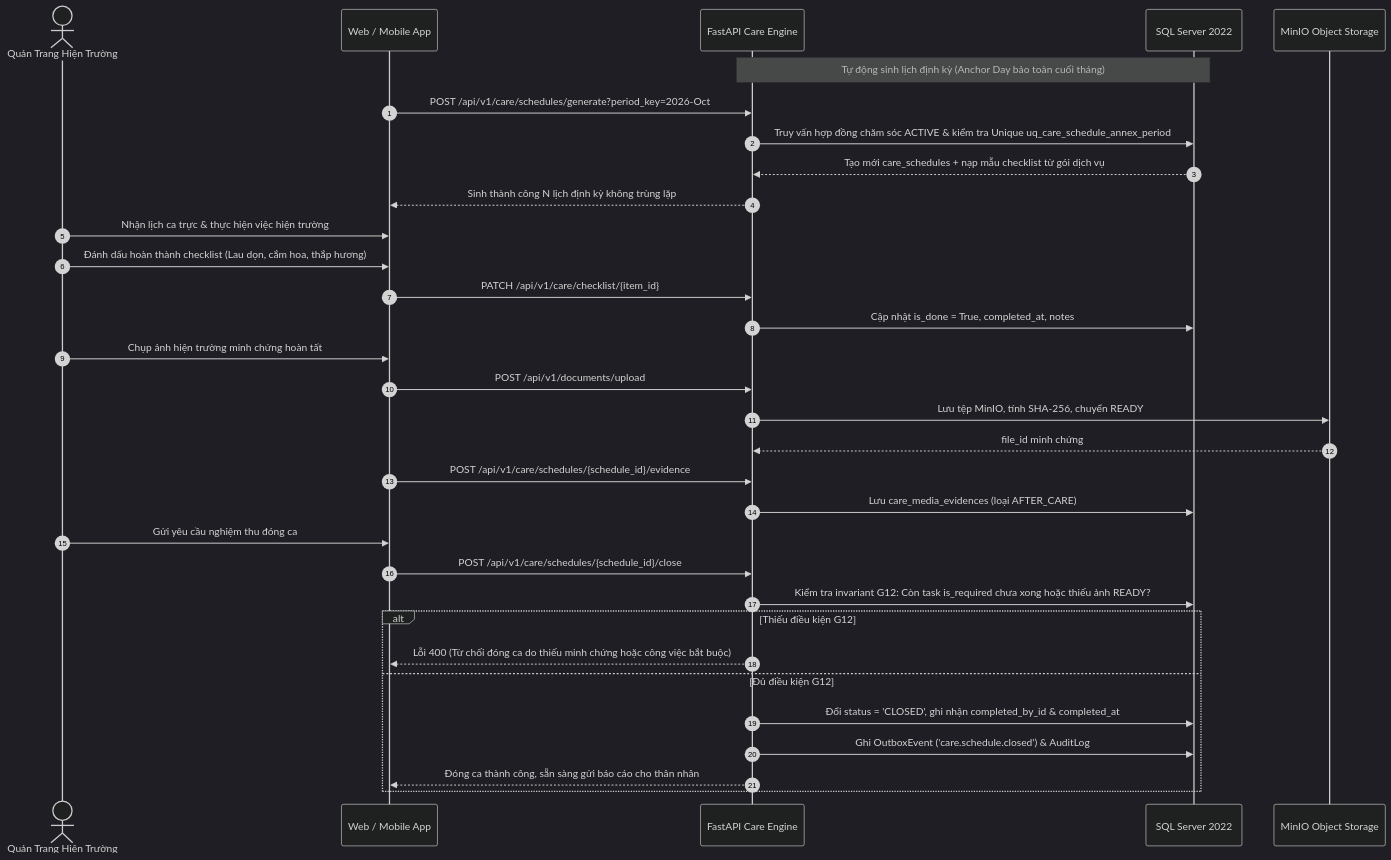
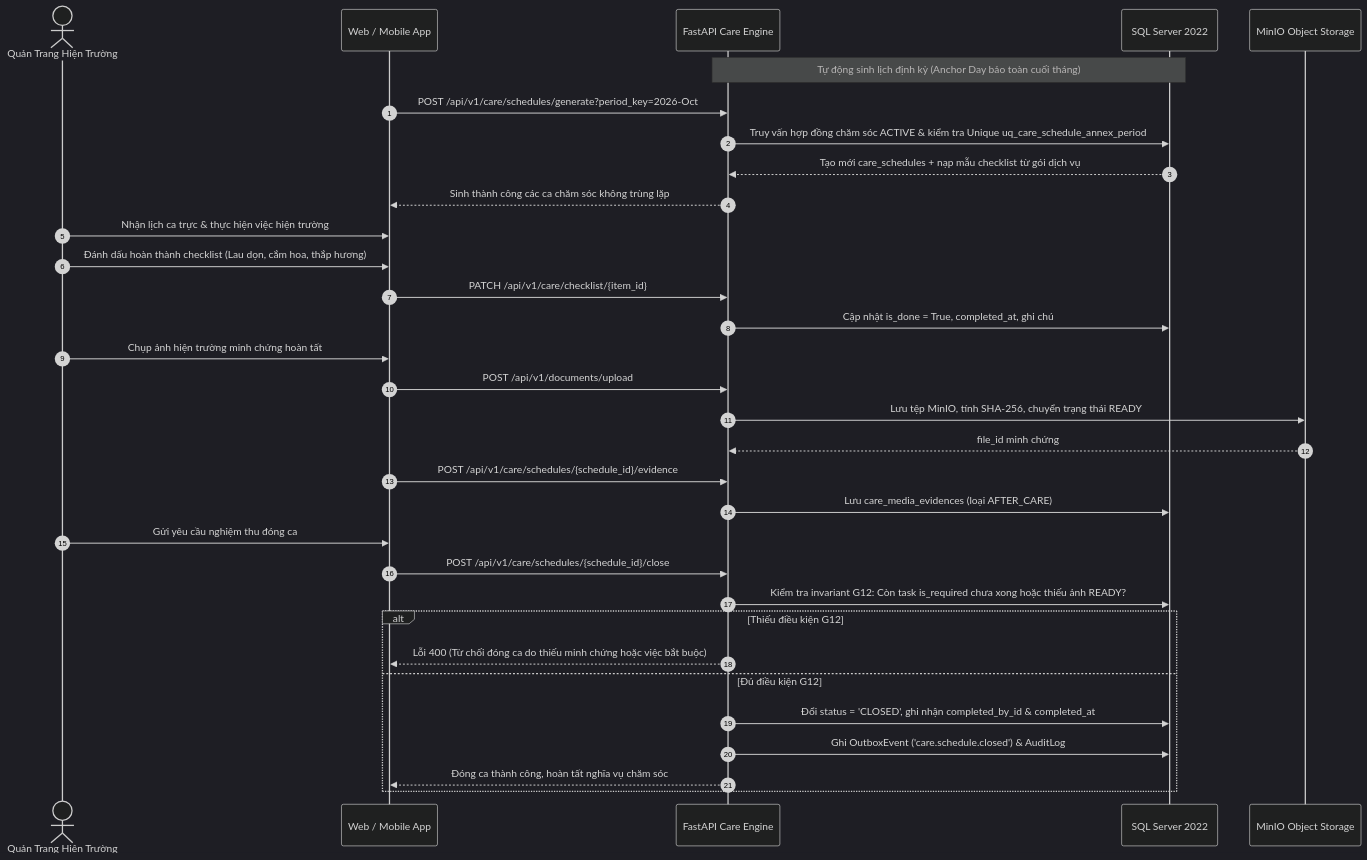
One commit to huyxuantruong1411/cemetery-management-system changed the fifth of 6 diagrams in README.md. Above: the diagram before and after it, drawn with Mermaid (dark theme). The commit also changed other lines of this file and 17 other files, not shown here.

````diff
--- a/README.md
+++ b/README.md
@@ -172,38 +206,38 @@
 ```mermaid
 sequenceDiagram
     autonumber
     actor NV as Quản Trang Hiện Trường
     participant App as Web / Mobile App
     participant API as FastAPI Care Engine
     participant DB as SQL Server 2022
     participant S3 as MinIO Object Storage
 
     Note over API,DB: Tự động sinh lịch định kỳ (Anchor Day bảo toàn cuối tháng)
     App->>API: POST /api/v1/care/schedules/generate?period_key=2026-Oct
     API->>DB: Truy vấn hợp đồng chăm sóc ACTIVE & kiểm tra Unique uq_care_schedule_annex_period
     DB-->>API: Tạo mới care_schedules + nạp mẫu checklist từ gói dịch vụ
-    API-->>App: Sinh thành công N lịch định kỳ không trùng lặp
+    API-->>App: Sinh thành công các ca chăm sóc không trùng lặp
 
     NV->>App: Nhận lịch ca trực & thực hiện việc hiện trường
     NV->>App: Đánh dấu hoàn thành checklist (Lau dọn, cắm hoa, thắp hương)
     App->>API: PATCH /api/v1/care/checklist/{item_id}
-    API->>DB: Cập nhật is_done = True, completed_at, notes
+    API->>DB: Cập nhật is_done = True, completed_at, ghi chú
 
     NV->>App: Chụp ảnh hiện trường minh chứng hoàn tất
     App->>API: POST /api/v1/documents/upload
-    API->>S3: Lưu tệp MinIO, tính SHA-256, chuyển READY
+    API->>S3: Lưu tệp MinIO, tính SHA-256, chuyển trạng thái READY
     S3-->>API: file_id minh chứng
     App->>API: POST /api/v1/care/schedules/{schedule_id}/evidence
     API->>DB: Lưu care_media_evidences (loại AFTER_CARE)
 
     NV->>App: Gửi yêu cầu nghiệm thu đóng ca
     App->>API: POST /api/v1/care/schedules/{schedule_id}/close
     API->>DB: Kiểm tra invariant G12: Còn task is_required chưa xong hoặc thiếu ảnh READY?
     alt Thiếu điều kiện G12
-        API-->>App: Lỗi 400 (Từ chối đóng ca do thiếu minh chứng hoặc công việc bắt buộc)
+        API-->>App: Lỗi 400 (Từ chối đóng ca do thiếu minh chứng hoặc việc bắt buộc)
     else Đủ điều kiện G12
         API->>DB: Đổi status = 'CLOSED', ghi nhận completed_by_id & completed_at
         API->>DB: Ghi OutboxEvent ('care.schedule.closed') & AuditLog
-        API-->>App: Đóng ca thành công, sẵn sàng gửi báo cáo cho thân nhân
+        API-->>App: Đóng ca thành công, hoàn tất nghĩa vụ chăm sóc
     end
 ```
````
